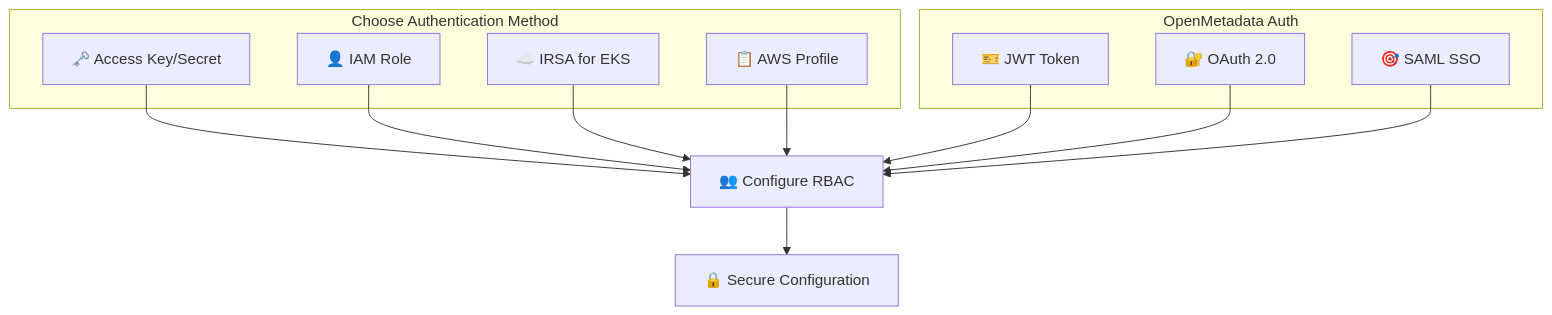
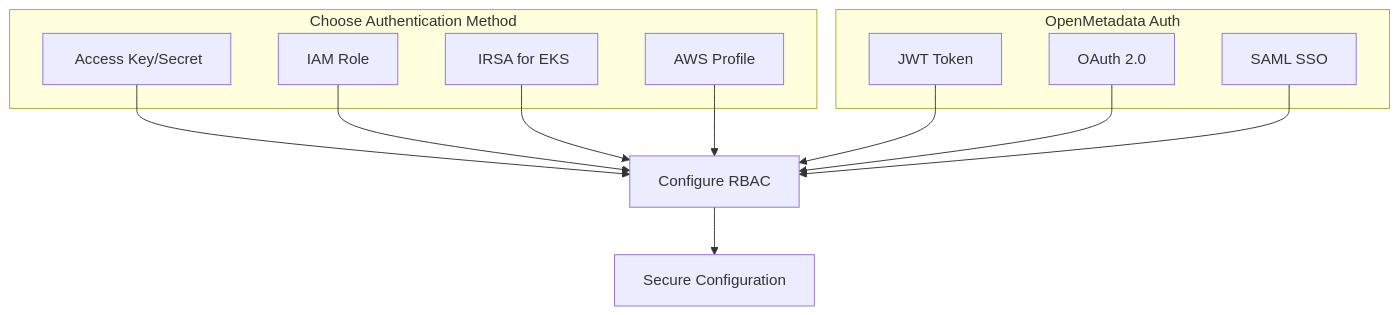
Before and after one commit to Monsau/S3connectorplaybook: the fourth of 12 diagrams in README.md, drawn with Mermaid. The commit also changed other lines of this file and 4 other files, not shown here.

````diff
--- a/README.md
+++ b/README.md
@@ -410,26 +410,26 @@
 ```mermaid
 graph TB
     subgraph "Choose Authentication Method"
-        AccessKey[🗝️ Access Key/Secret]
-        IAMRole[👤 IAM Role]
-        IRSA[☁️ IRSA for EKS]
-        Profile[📋 AWS Profile]
+        AccessKey[️ Access Key/Secret]
+        IAMRole[ IAM Role]
+        IRSA[️ IRSA for EKS]
+        Profile[ AWS Profile]
     end
     
     subgraph "OpenMetadata Auth"
-        JWT[🎫 JWT Token]
-        OAuth[🔐 OAuth 2.0]
-        SAML[🎯 SAML SSO]
+        JWT[ JWT Token]
+        OAuth[ OAuth 2.0]
+        SAML[ SAML SSO]
     end
     
-    AccessKey --> RBAC[👥 Configure RBAC]
+    AccessKey --> RBAC[ Configure RBAC]
     IAMRole --> RBAC
     IRSA --> RBAC
     Profile --> RBAC
     
     JWT --> RBAC
     OAuth --> RBAC
     SAML --> RBAC
     
-    RBAC --> Secure[🔒 Secure Configuration]
+    RBAC --> Secure[ Secure Configuration]
 ```
````
